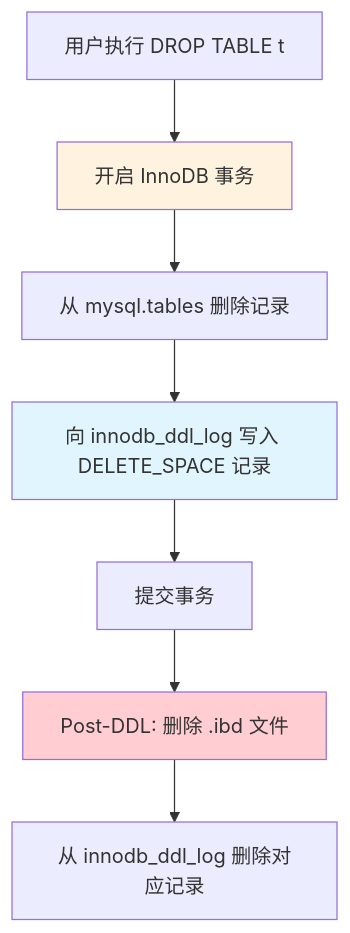
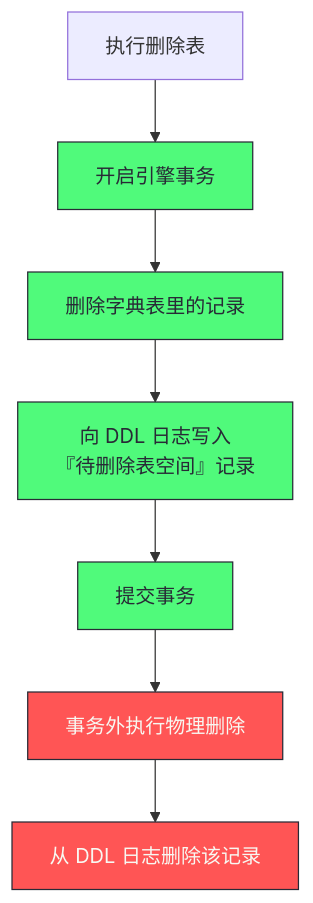
The second of 2 diagrams in content/中间件/MySQL/读书笔记-Mysql内核架构/03. 数据字典：.frm 的葬礼与原子 DDL 的二十年偿债.md (hpliStartAgain/my-brain), drawn with Mermaid before and after one commit. The commit also changed other lines of this file and 56 other files, not shown here.

````diff
--- a/content/中间件/MySQL/读书笔记-Mysql内核架构/03. 数据字典：.frm 的葬礼与原子 DDL 的二十年偿债.md
+++ b/content/中间件/MySQL/读书笔记-Mysql内核架构/03. 数据字典：.frm 的葬礼与原子 DDL 的二十年偿债.md
@@ -142,13 +354,15 @@
 ```mermaid
+%%{init: {'theme': 'dracula'}}%%
 flowchart TD
-    A[用户执行 DROP TABLE t] --> B[开启 InnoDB 事务]
-    B --> C[从 mysql.tables 删除记录]
-    C --> D[向 innodb_ddl_log 写入 DELETE_SPACE 记录]
-    D --> E[提交事务]
-    E --> F[Post-DDL: 删除 .ibd 文件]
-    F --> G[从 innodb_ddl_log 删除对应记录]
-    
-    style B fill:#fff3e0
-    style D fill:#e1f5fe
-    style F fill:#ffcdd2
+    A["执行删除表"] --> B["开启引擎事务"]
+    B --> C["删除字典表里的记录"]
+    C --> D["向 DDL 日志写入<br/>『待删除表空间』记录"]
+    D --> E["提交事务"]
+    E --> F["事务外执行物理删除"]
+    F --> G["从 DDL 日志删除该记录"]
+
+    classDef tx fill:#50fa7b,stroke:#282a36,color:#282a36
+    classDef phys fill:#ff5555,stroke:#282a36,color:#f8f8f2
+    class B,C,D,E tx
+    class F,G phys
 ```
````
